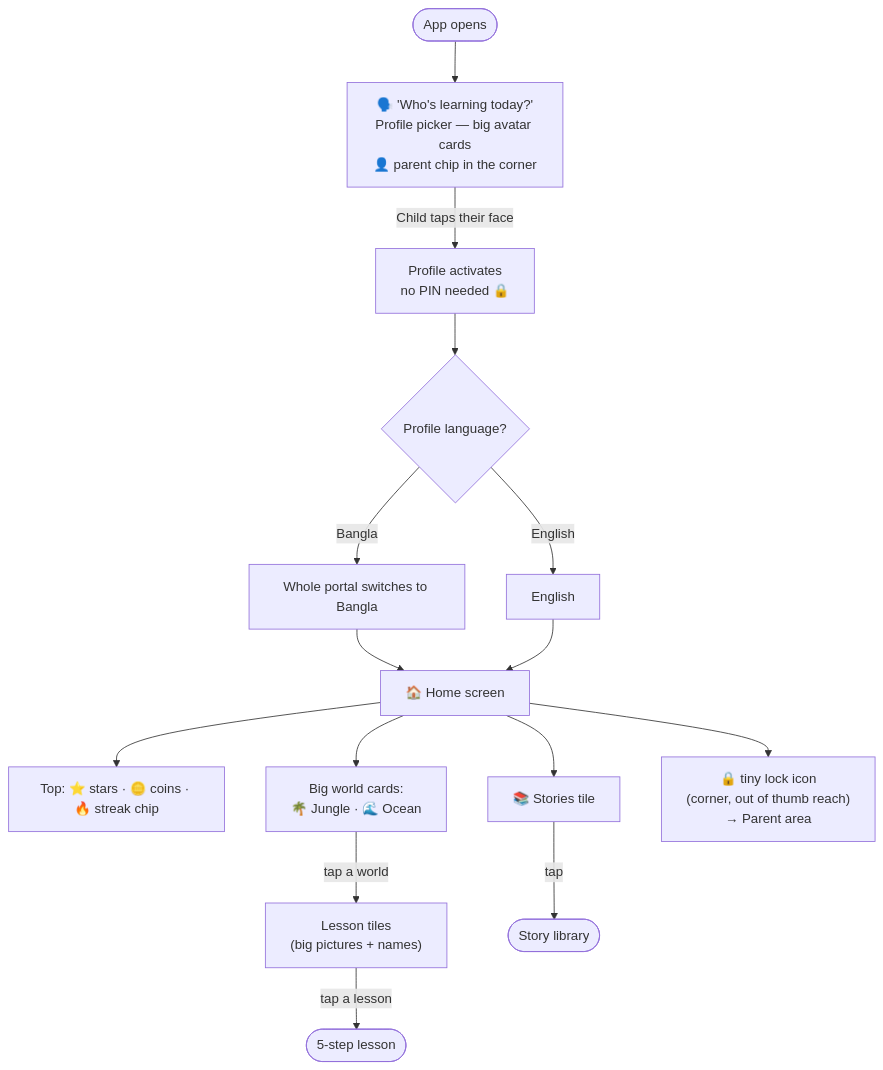
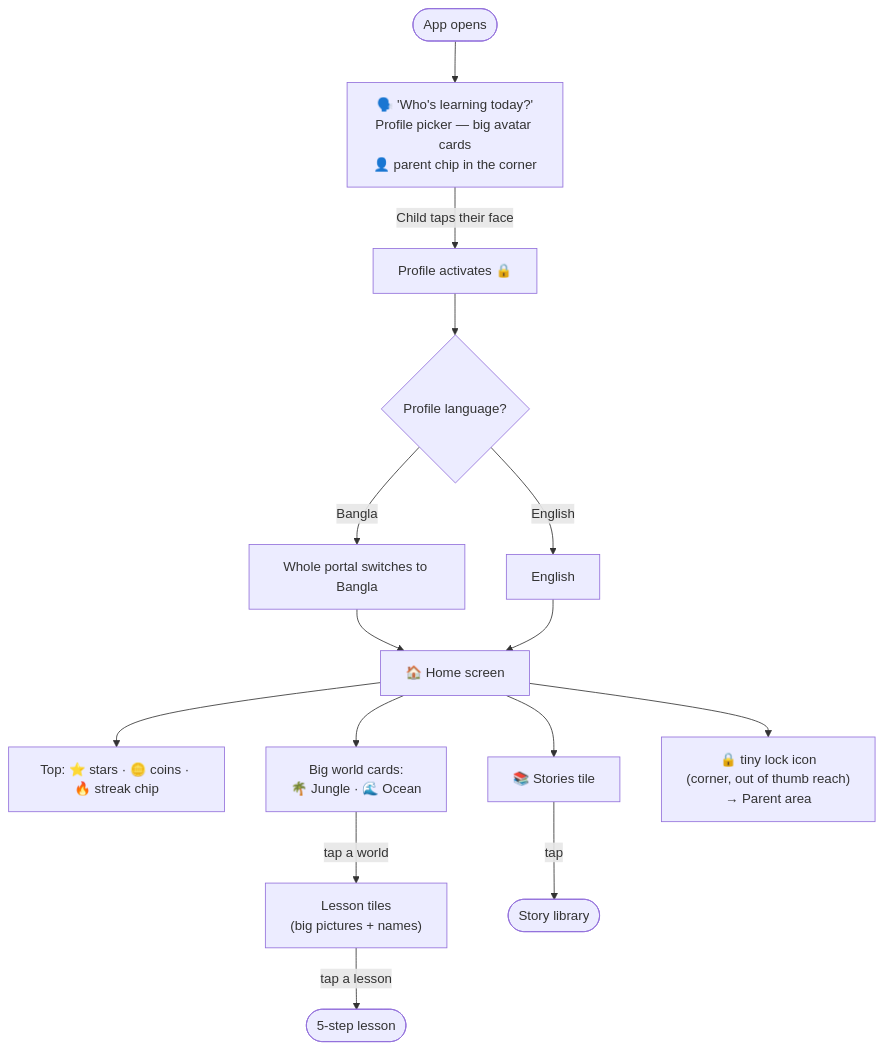
Before and after one commit to salmanbd100/kidlearn: the fourth of 28 diagrams in document/user-journey-manual.md, drawn with Mermaid. The commit also changed other lines of this file and 15 other files, not shown here.

````diff
--- a/document/user-journey-manual.md
+++ b/document/user-journey-manual.md
@@ -147,19 +147,19 @@
 ```mermaid
 flowchart TD
     Start([App opens]) --> PS["🗣️ 'Who's learning today?'<br/>Profile picker — big avatar cards<br/>👤 parent chip in the corner"]
-    PS -->|Child taps their face| ACT[Profile activates<br/>no PIN needed 🔒]
+    PS -->|Child taps their face| ACT[Profile activates 🔒]
     ACT --> Lang{Profile language?}
     Lang -->|Bangla| BN[Whole portal switches to Bangla]
     Lang -->|English| EN[English]
     BN --> Home
     EN --> Home["🏠 Home screen"]
 
     Home --> Strip["Top: ⭐ stars · 🪙 coins · 🔥 streak chip"]
     Home --> Worlds["Big world cards:<br/>🌴 Jungle · 🌊 Ocean"]
     Home --> Stories["📚 Stories tile"]
     Home --> Lock["🔒 tiny lock icon<br/>(corner, out of thumb reach)<br/>→ Parent area"]
 
     Worlds -->|tap a world| Browse["Lesson tiles<br/>(big pictures + names)"]
     Browse -->|tap a lesson| Lesson([5-step lesson])
     Stories -->|tap| Library([Story library])
 ```
````
